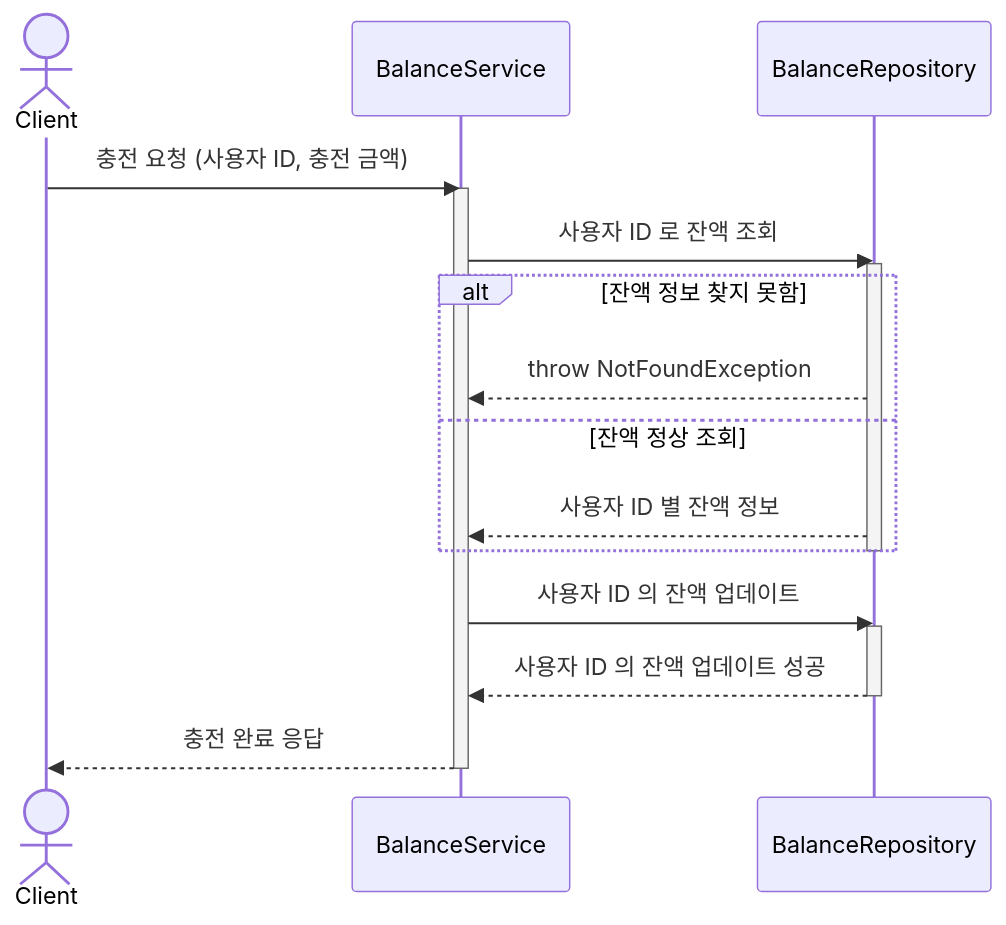
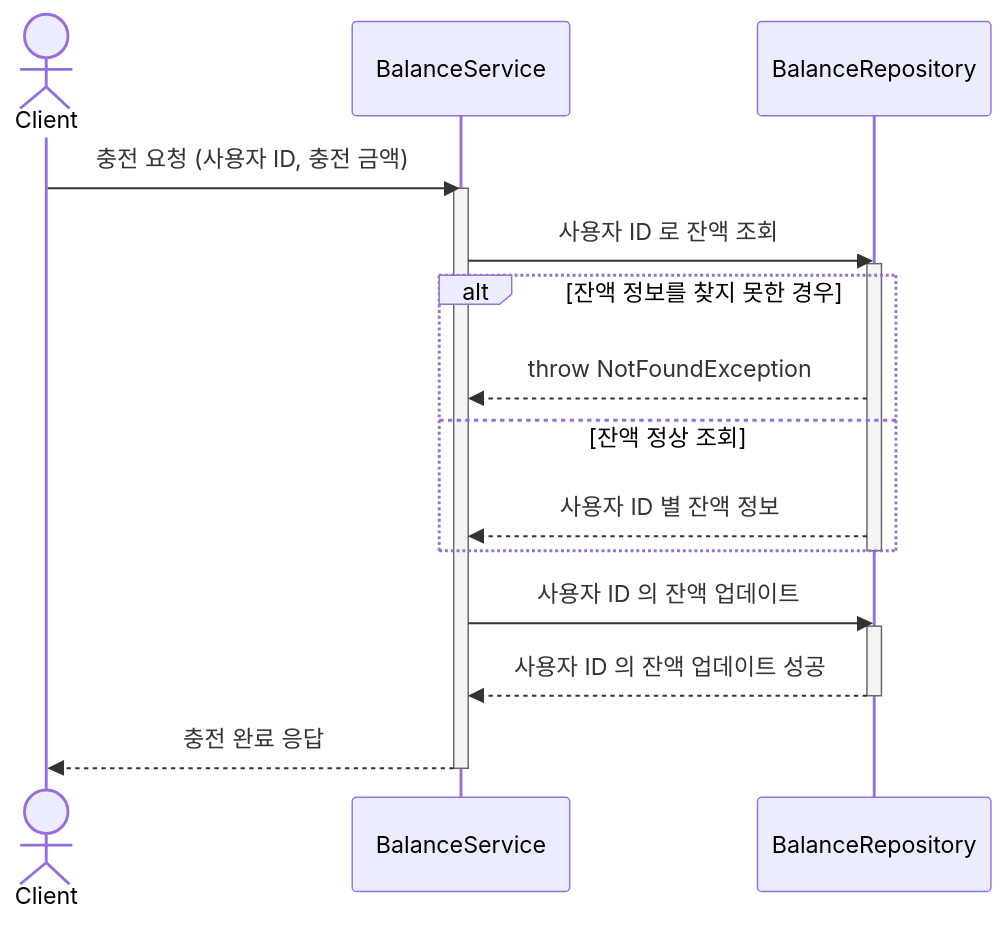
Before and after one commit to lgm1007/hhplus_ecommerce: the first of 10 diagrams in docs/SEQUENCE_DIAGRAM.md, drawn with Mermaid. The commit also changed other lines of this file, not shown here.

Commit message:
docs: 시퀀스 다이어그램 내용 수정

````diff
--- a/docs/SEQUENCE_DIAGRAM.md
+++ b/docs/SEQUENCE_DIAGRAM.md
@@ -8,23 +8,23 @@
 ```mermaid
 sequenceDiagram
     actor Client
     participant BalanceService
     participant BalanceRepository
 
     Client ->> BalanceService: 충전 요청 (사용자 ID, 충전 금액)
     activate BalanceService
     BalanceService ->> BalanceRepository: 사용자 ID 로 잔액 조회
     activate BalanceRepository
-    alt 잔액 정보 찾지 못함
+    alt 잔액 정보를 찾지 못한 경우
         BalanceRepository -->> BalanceService: throw NotFoundException
     else 잔액 정상 조회
         BalanceRepository -->> BalanceService: 사용자 ID 별 잔액 정보
     end
     deactivate BalanceRepository
     BalanceService ->> BalanceRepository: 사용자 ID 의 잔액 업데이트
     activate BalanceRepository
     BalanceRepository -->> BalanceService: 사용자 ID 의 잔액 업데이트 성공
     deactivate BalanceRepository
     BalanceService -->> Client: 충전 완료 응답
     deactivate BalanceService
 ```
````
